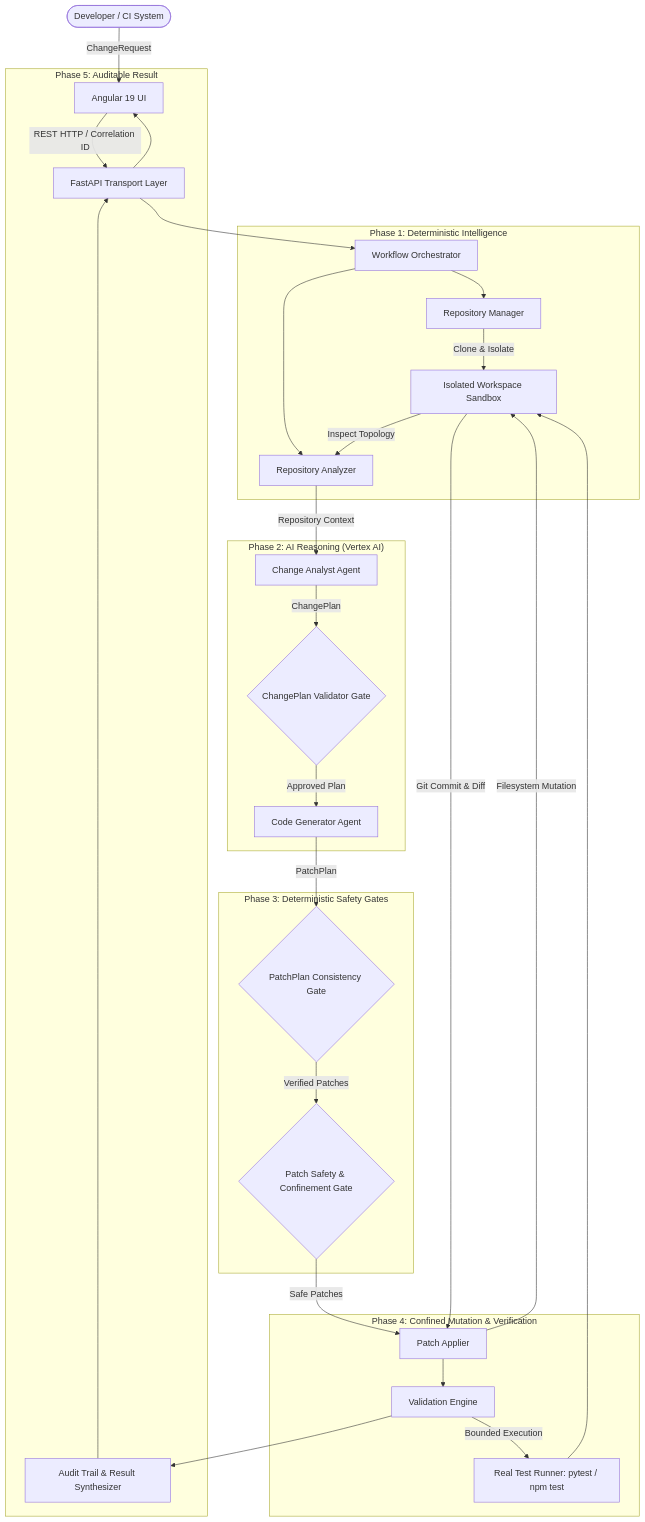
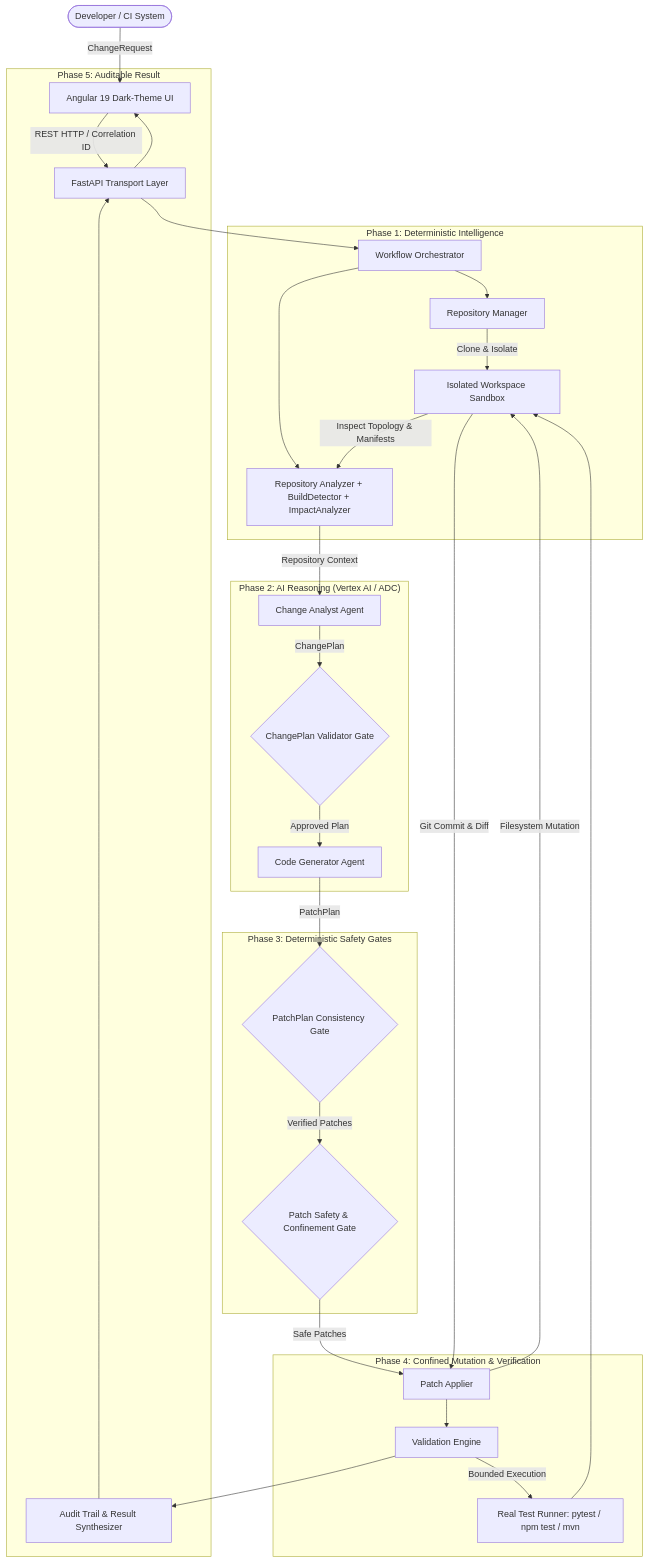
One commit to kameswarpanda/project-changepilot changed the diagram in README.md. Above: the diagram before and after it, drawn with Mermaid. The commit also changed other lines of this file and 82 other files, not shown here.

````diff
--- a/README.md
+++ b/README.md
@@ -11,39 +11,39 @@
 ```mermaid
 graph TD
-    User([Developer / CI System]) -->|ChangeRequest| Frontend[Angular 19 UI]
+    User([Developer / CI System]) -->|ChangeRequest| Frontend[Angular 19 Dark-Theme UI]
     Frontend -->|REST HTTP / Correlation ID| API[FastAPI Transport Layer]
     API --> Orchestrator[Workflow Orchestrator]
 
     subgraph "Phase 1: Deterministic Intelligence"
         Orchestrator --> RepoMgr[Repository Manager]
         RepoMgr -->|Clone & Isolate| Sandbox[Isolated Workspace Sandbox]
-        Orchestrator --> RepoAnalyzer[Repository Analyzer]
-        Sandbox -->|Inspect Topology| RepoAnalyzer
+        Orchestrator --> RepoAnalyzer[Repository Analyzer + BuildDetector + ImpactAnalyzer]
+        Sandbox -->|Inspect Topology & Manifests| RepoAnalyzer
     end
 
-    subgraph "Phase 2: AI Reasoning (Vertex AI)"
+    subgraph "Phase 2: AI Reasoning (Vertex AI / ADC)"
         RepoAnalyzer -->|Repository Context| AnalystAgent[Change Analyst Agent]
         AnalystAgent -->|ChangePlan| PlanGate{ChangePlan Validator Gate}
         PlanGate -->|Approved Plan| CodeAgent[Code Generator Agent]
     end
 
     subgraph "Phase 3: Deterministic Safety Gates"
         CodeAgent -->|PatchPlan| ConsistencyGate{PatchPlan Consistency Gate}
         ConsistencyGate -->|Verified Patches| PatchGate{Patch Safety & Confinement Gate}
     end
 
     subgraph "Phase 4: Confined Mutation & Verification"
         PatchGate -->|Safe Patches| Applier[Patch Applier]
         Applier -->|Filesystem Mutation| Sandbox
         Sandbox -->|Git Commit & Diff| Applier
         Applier --> ValEngine[Validation Engine]
-        ValEngine -->|Bounded Execution| TestRunner[Real Test Runner: pytest / npm test]
+        ValEngine -->|Bounded Execution| TestRunner[Real Test Runner: pytest / npm test / mvn]
         TestRunner --> Sandbox
     end
 
     subgraph "Phase 5: Auditable Result"
         ValEngine --> Audit[Audit Trail & Result Synthesizer]
         Audit --> API
         API --> Frontend
     end
 ```
````
